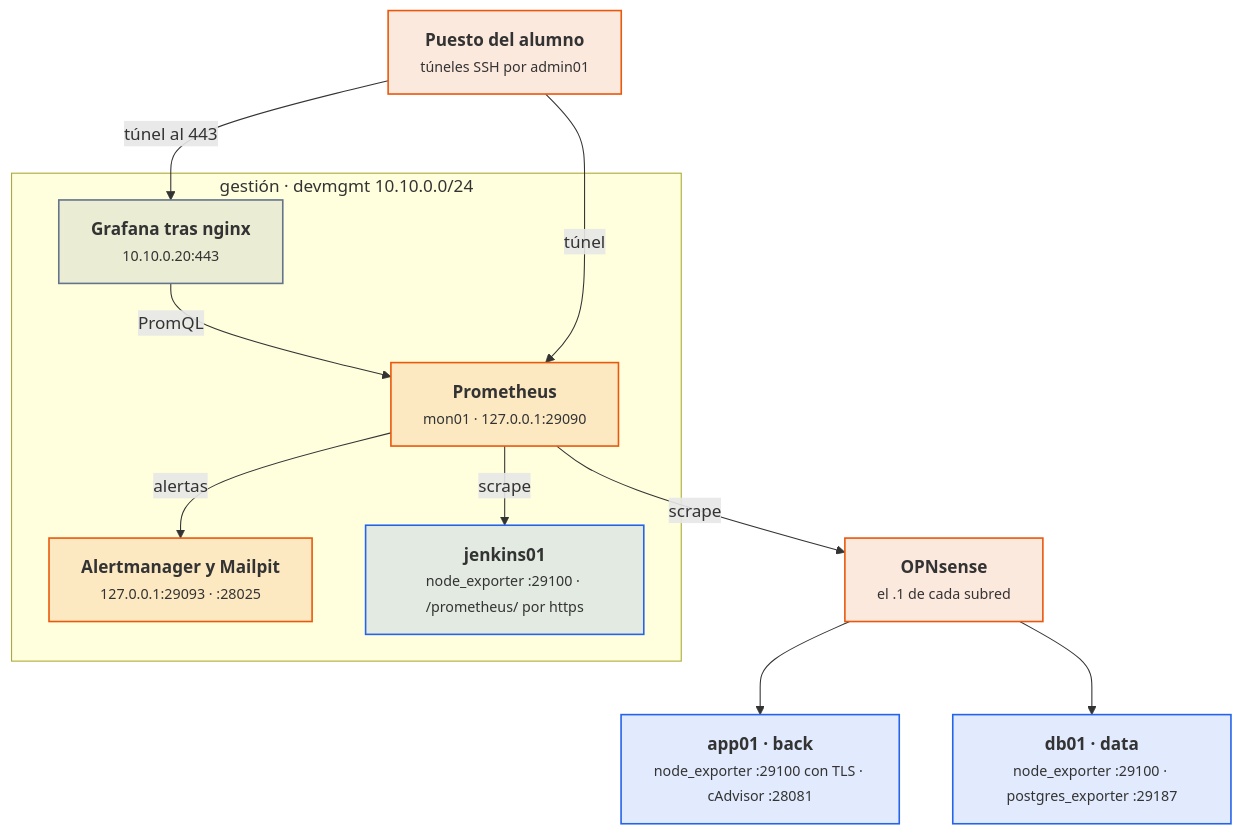
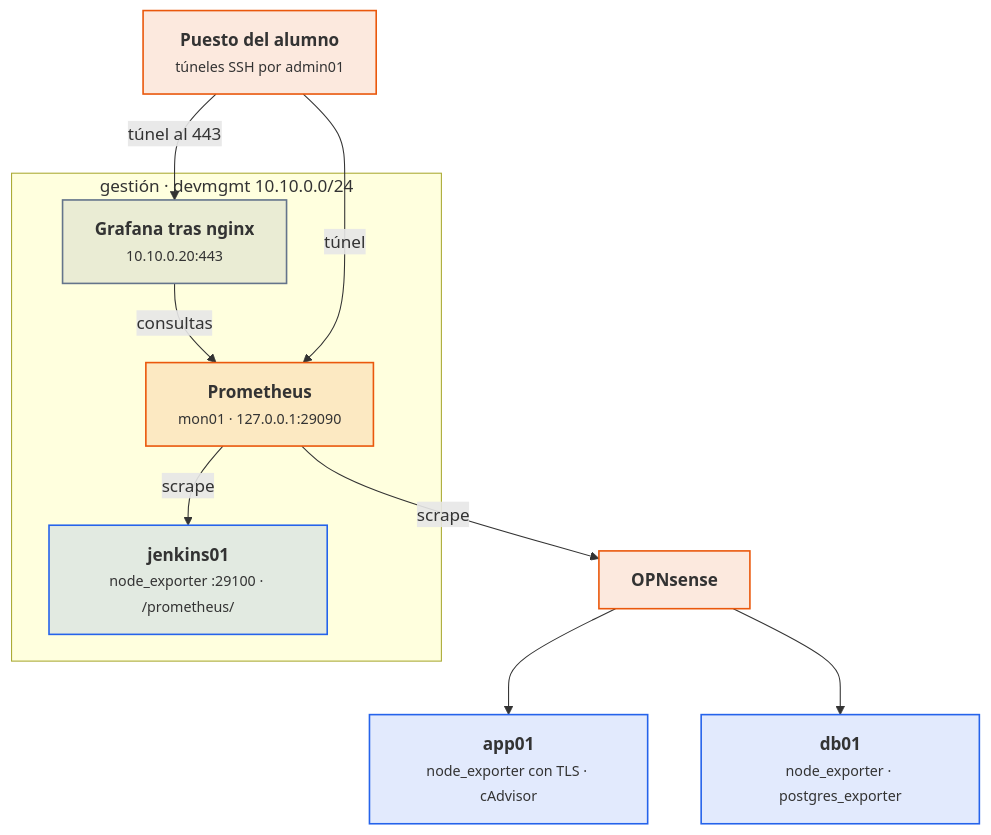
The diagram in docs/ut/ut7-monitorizacion.md (victor-educ/apuntes-5166), drawn with Mermaid before and after one commit. The commit also changed other lines of this file and 5 other files, not shown here.

````diff
--- a/docs/ut/ut7-monitorizacion.md
+++ b/docs/ut/ut7-monitorizacion.md
@@ -112,24 +83,22 @@
 ```mermaid
 flowchart TB
     OPS["<b>Puesto del alumno</b><br><small>túneles SSH por admin01</small>"]:::act
     subgraph gestion["gestión · devmgmt 10.10.0.0/24"]
         P["<b>Prometheus</b><br><small>mon01 · 127.0.0.1:29090</small>"]:::act
-        AM["<b>Alertmanager y Mailpit</b><br><small>127.0.0.1:29093 · :28025</small>"]:::act
         G["<b>Grafana tras nginx</b><br><small>10.10.0.20:443</small>"]:::pieza
-        J["<b>jenkins01</b><br><small>node_exporter :29100 · /prometheus/ por https</small>"]:::dato
+        J["<b>jenkins01</b><br><small>node_exporter :29100 · /prometheus/</small>"]:::dato
     end
-    FW["<b>OPNsense</b><br><small>el .1 de cada subred</small>"]:::act
-    A["<b>app01 · back</b><br><small>node_exporter :29100 con TLS · cAdvisor :28081</small>"]:::dato
-    D["<b>db01 · data</b><br><small>node_exporter :29100 · postgres_exporter :29187</small>"]:::dato
+    FW["<b>OPNsense</b>"]:::act
+    A["<b>app01</b><br><small>node_exporter con TLS · cAdvisor</small>"]:::dato
+    D["<b>db01</b><br><small>node_exporter · postgres_exporter</small>"]:::dato
     P -- scrape --> J
     P -- scrape --> FW
     FW --> A
     FW --> D
-    P -- alertas --> AM
-    G -- PromQL --> P
+    G -- consultas --> P
     OPS -- túnel --> P
     OPS -- túnel al 443 --> G
     classDef act fill:#ea580c22,stroke:#ea580c,stroke-width:1.5px
     classDef pieza fill:#64748b22,stroke:#64748b,stroke-width:1.5px
     classDef dato fill:#2563eb22,stroke:#2563eb,stroke-width:1.5px
 ```
````
